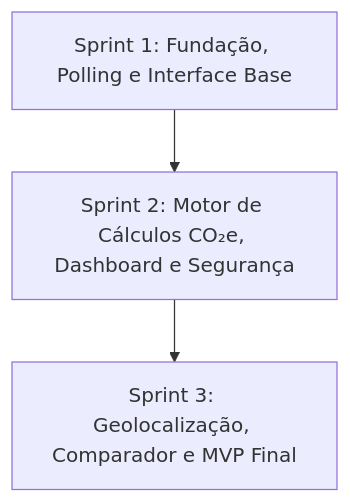
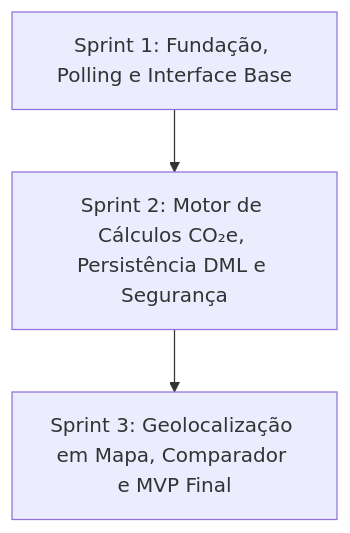
Before and after one commit to pentascripts-organization/EcoByteMetrics: the second of 2 diagrams in README.md, drawn with Mermaid. The commit also changed other lines of this file, not shown here.

````diff
--- a/README.md
+++ b/README.md
@@ -118,5 +108,5 @@
 ```mermaid
 graph TD
-    S1[Sprint 1: Fundação, Polling e Interface Base] --> S2[Sprint 2: Motor de Cálculos CO₂e, Dashboard e Segurança]
-    S2 --> S3[Sprint 3: Geolocalização, Comparador e MVP Final]
+    S1[Sprint 1: Fundação, Polling e Interface Base] --> S2[Sprint 2: Motor de Cálculos CO₂e, Persistência DML e Segurança]
+    S2 --> S3[Sprint 3: Geolocalização em Mapa, Comparador e MVP Final]
 ```
````
